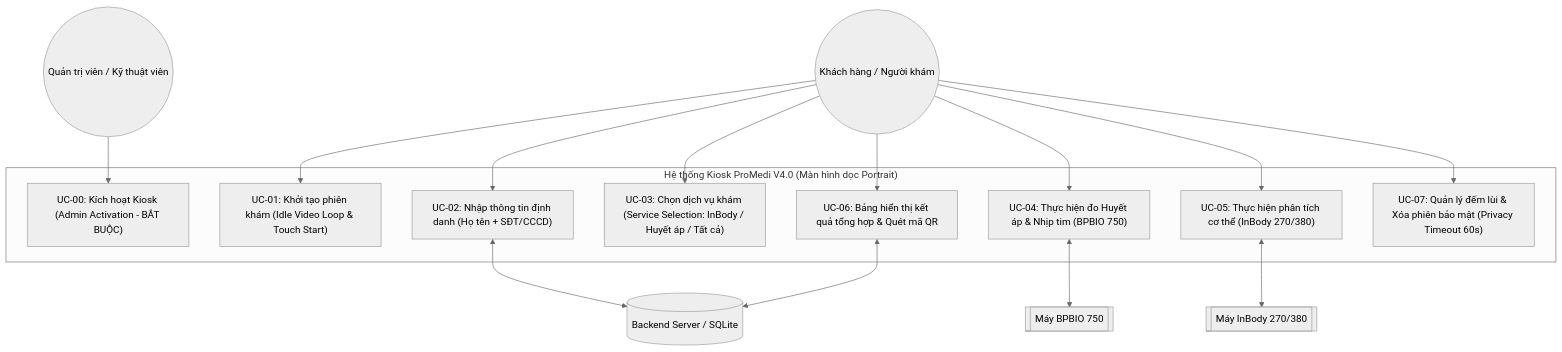
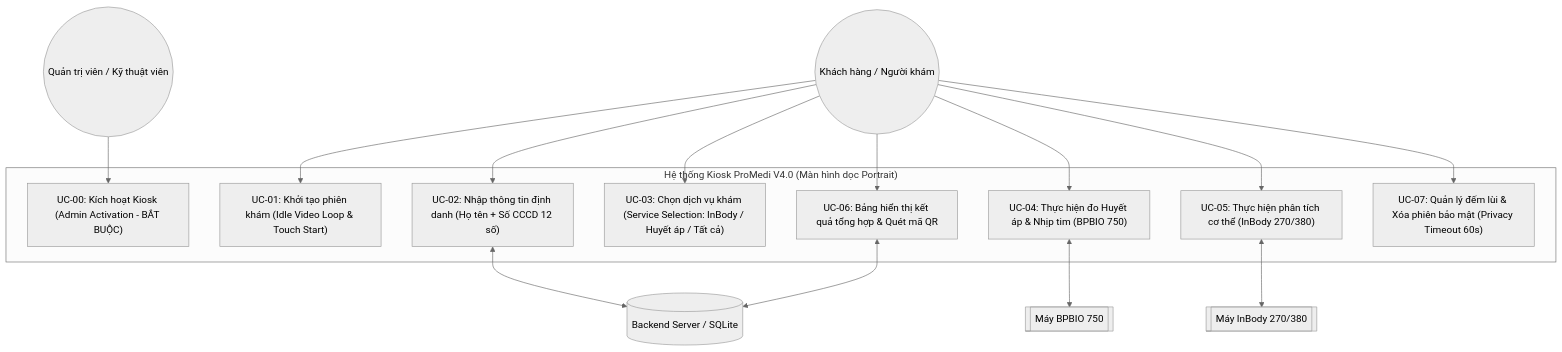
One commit to AdamFakee/promedi changed the diagram in docs/specs/usecase-specification-v4.0.md. Above: the diagram before and after it, drawn with Mermaid (neutral theme). The commit also changed other lines of this file and 53 other files, not shown here.

````diff
--- a/docs/specs/usecase-specification-v4.0.md
+++ b/docs/specs/usecase-specification-v4.0.md
@@ -25,27 +25,27 @@
 ```mermaid
 graph TD
     subgraph "Hệ thống Kiosk ProMedi V4.0 (Màn hình dọc Portrait)"
         UC00["UC-00: Kích hoạt Kiosk (Admin Activation - BẮT BUỘC)"]
         UC01["UC-01: Khởi tạo phiên khám (Idle Video Loop & Touch Start)"]
-        UC02["UC-02: Nhập thông tin định danh (Họ tên + SĐT/CCCD)"]
+        UC02["UC-02: Nhập thông tin định danh (Họ tên + Số CCCD 12 số)"]
         UC03["UC-03: Chọn dịch vụ khám (Service Selection: InBody / Huyết áp / Tất cả)"]
         UC04["UC-04: Thực hiện đo Huyết áp & Nhịp tim (BPBIO 750)"]
         UC05["UC-05: Thực hiện phân tích cơ thể (InBody 270/380)"]
         UC06["UC-06: Bảng hiển thị kết quả tổng hợp & Quét mã QR"]
         UC07["UC-07: Quản lý đếm lùi & Xóa phiên bảo mật (Privacy Timeout 60s)"]
     end
 
     Admin(("Quản trị viên / Kỹ thuật viên")) --> UC00
     Customer(("Khách hàng / Người khám")) --> UC01
     Customer --> UC02
     Customer --> UC03
     Customer --> UC04
     Customer --> UC05
     Customer --> UC06
     Customer --> UC07
 
     UC04 <--> BPBIO750[["Máy BPBIO 750"]]
     UC05 <--> InBodyDev[["Máy InBody 270/380"]]
     UC02 <--> BackendDB[("Backend Server / SQLite")]
     UC06 <--> BackendDB
 ```
````
